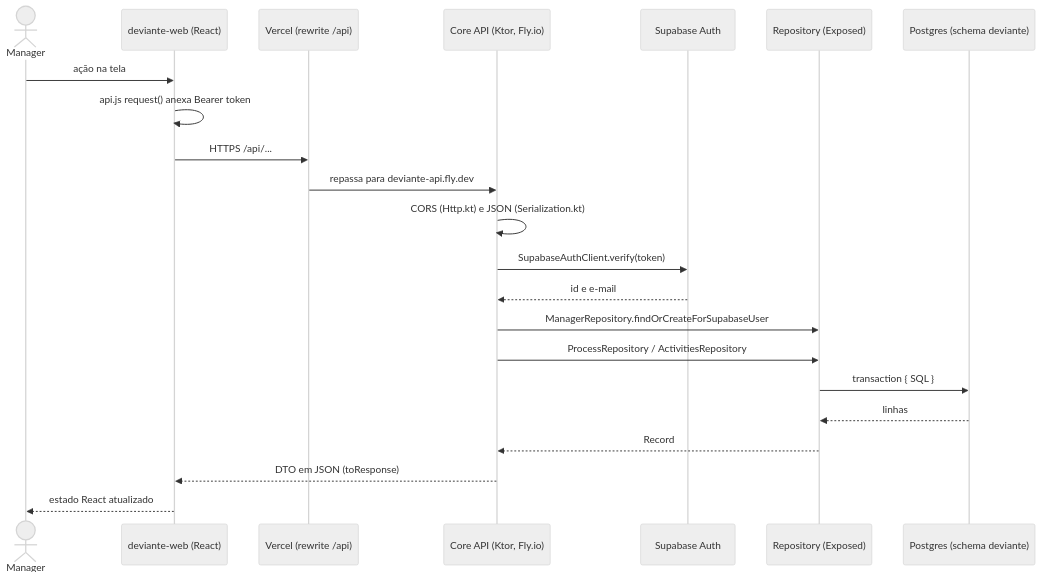
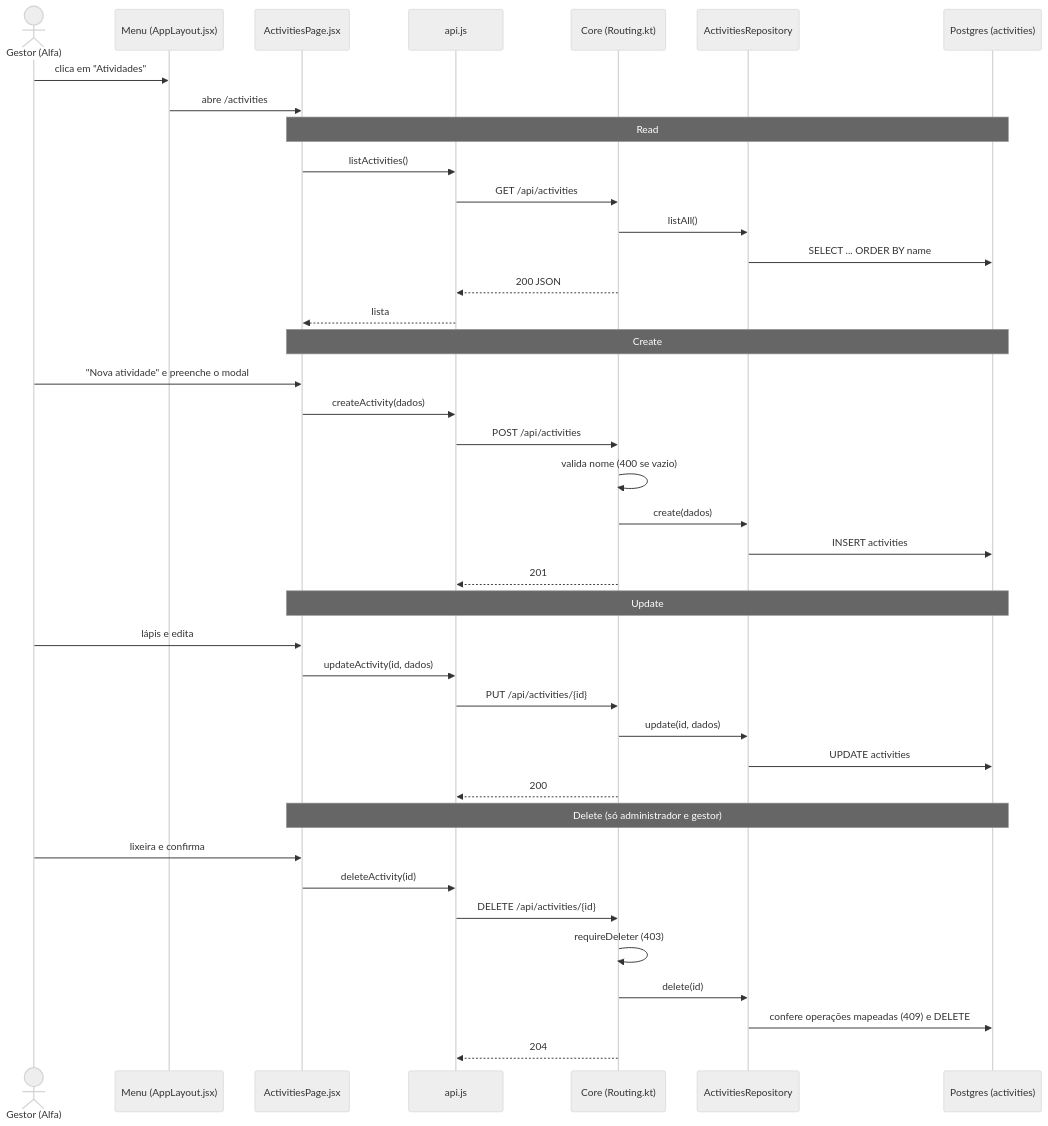
The second of 2 diagrams in Desenvolvimento Orientado a Reuso/defesa/roteiro-alander.md (aland3r/deviante-docs), drawn with Mermaid (neutral theme) before and after one commit. The commit also changed other lines of this file, not shown here.

First line of the commit message:
Roteiro do Alander no formato do da Emanuelle: Processo (com upload e gráfico) e Atividade, Read/Create/Update/Delete

````diff
--- a/Desenvolvimento Orientado a Reuso/defesa/roteiro-alander.md
+++ b/Desenvolvimento Orientado a Reuso/defesa/roteiro-alander.md
@@ -33,24 +697,42 @@
 ```mermaid
 sequenceDiagram
-    actor M as Manager
-    participant W as deviante-web (React)
-    participant V as Vercel (rewrite /api)
-    participant C as Core API (Ktor, Fly.io)
-    participant A as Supabase Auth
-    participant R as Repository (Exposed)
-    participant DB as Postgres (schema deviante)
-    M->>W: ação na tela
-    W->>W: api.js request() anexa Bearer token
-    W->>V: HTTPS /api/...
-    V->>C: repassa para deviante-api.fly.dev
-    C->>C: CORS (Http.kt) e JSON (Serialization.kt)
-    C->>A: SupabaseAuthClient.verify(token)
-    A-->>C: id e e-mail
-    C->>R: ManagerRepository.findOrCreateForSupabaseUser
-    C->>R: ProcessRepository / ActivitiesRepository
-    R->>DB: transaction { SQL }
-    DB-->>R: linhas
-    R-->>C: Record
-    C-->>W: DTO em JSON (toResponse)
-    W-->>M: estado React atualizado
+    actor G as Gestor (Alfa)
+    participant N as Menu (AppLayout.jsx)
+    participant P as ActivitiesPage.jsx
+    participant A as api.js
+    participant C as Core (Routing.kt)
+    participant R as ActivitiesRepository
+    participant DB as Postgres (activities)
+    G->>N: clica em "Atividades"
+    N->>P: abre /activities
+    Note over P,DB: Read
+    P->>A: listActivities()
+    A->>C: GET /api/activities
+    C->>R: listAll()
+    R->>DB: SELECT ... ORDER BY name
+    C-->>A: 200 JSON
+    A-->>P: lista
+    Note over P,DB: Create
+    G->>P: "Nova atividade" e preenche o modal
+    P->>A: createActivity(dados)
+    A->>C: POST /api/activities
+    C->>C: valida nome (400 se vazio)
+    C->>R: create(dados)
+    R->>DB: INSERT activities
+    C-->>A: 201
+    Note over P,DB: Update
+    G->>P: lápis e edita
+    P->>A: updateActivity(id, dados)
+    A->>C: PUT /api/activities/{id}
+    C->>R: update(id, dados)
+    R->>DB: UPDATE activities
+    C-->>A: 200
+    Note over P,DB: Delete (só administrador e gestor)
+    G->>P: lixeira e confirma
+    P->>A: deleteActivity(id)
+    A->>C: DELETE /api/activities/{id}
+    C->>C: requireDeleter (403)
+    C->>R: delete(id)
+    R->>DB: confere operações mapeadas (409) e DELETE
+    C-->>A: 204
 ```
````
